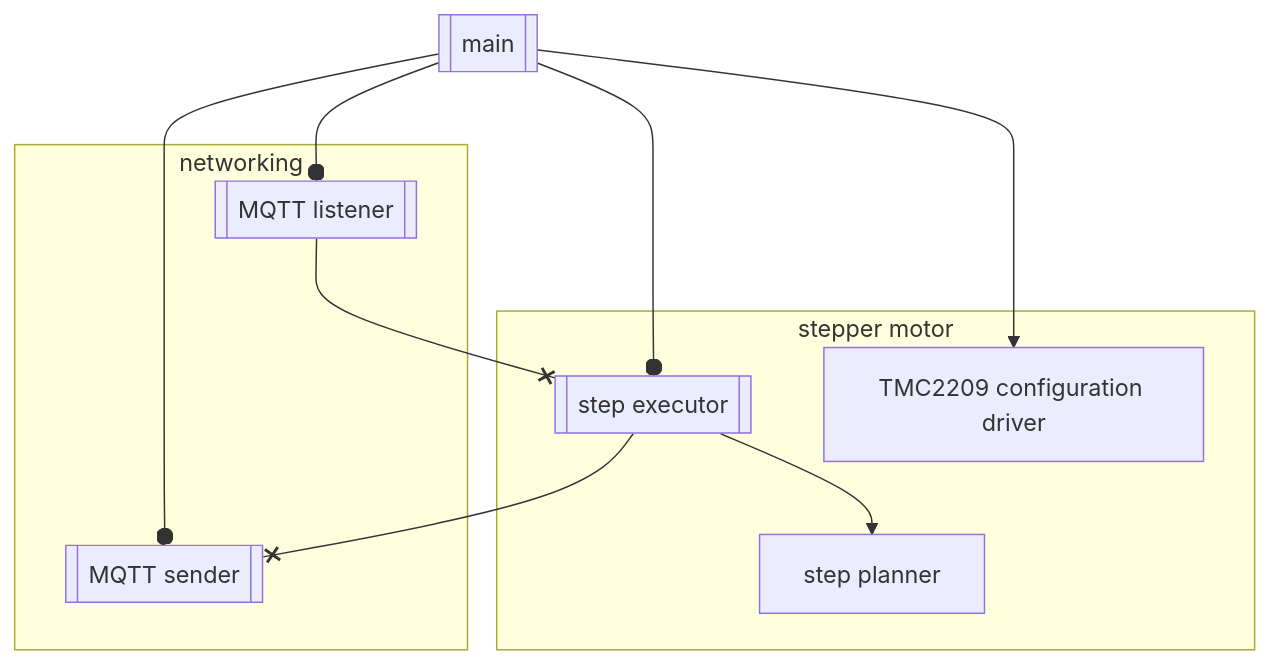
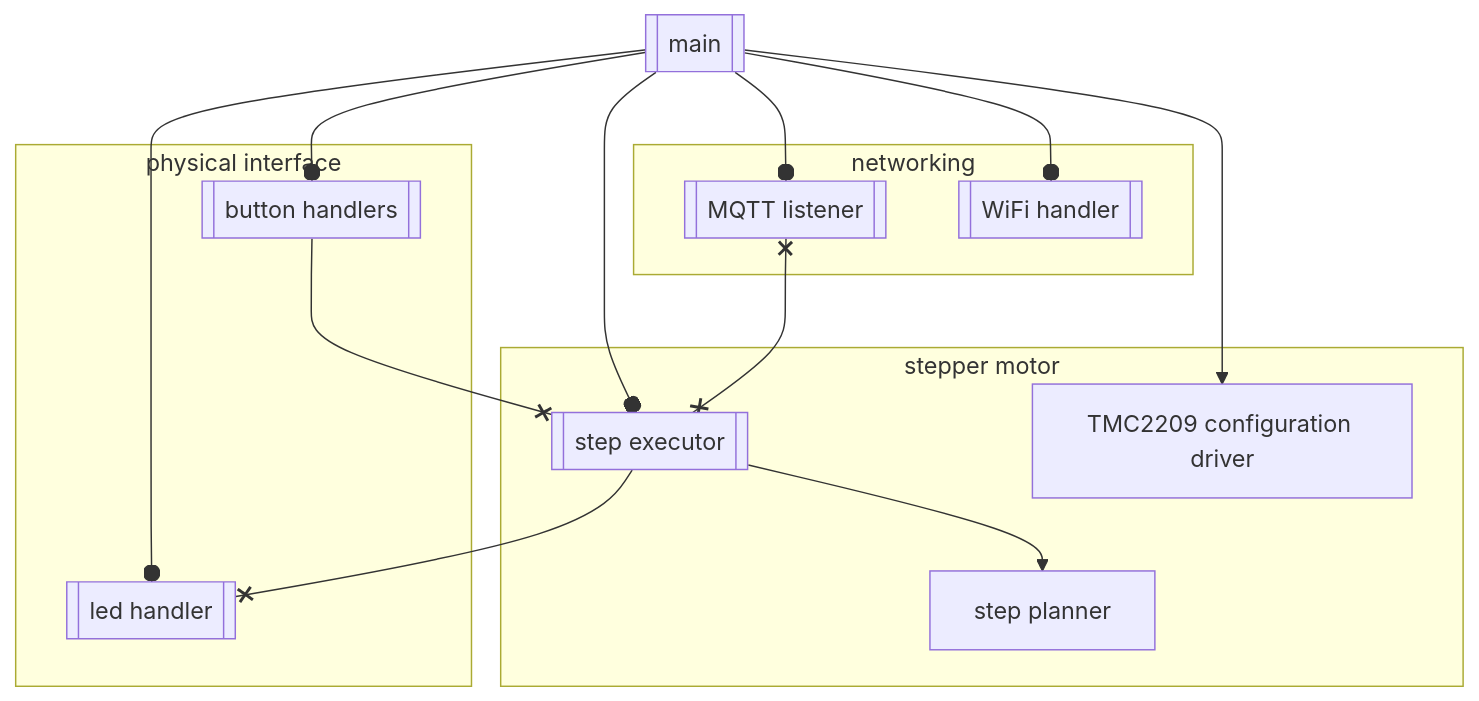
One commit to gabevenberg/crabroll changed the first of 2 diagrams in ARCHITECTURE.md. Above: the diagram before and after it, drawn with Mermaid. The commit also changed other lines of this file and 3 other files, not shown here.

````diff
--- a/ARCHITECTURE.md
+++ b/ARCHITECTURE.md
@@ -7,17 +7,22 @@
 ```mermaid
 flowchart
 main[[main]]
 main --o step_executor
-main --o mqtt_listener & mqtt_sender
+main --o mqtt_handler & wifi_handler & button_handler & led_handler
 subgraph stepper motor
 step_executor[[step executor]]-->step_planner[step planner]
 tmc_configurator[TMC2209 configuration driver]
 end
+subgraph physical interface
+button_handler[[button handlers]]
+led_handler[[led handler]]
+end
 subgraph networking
-mqtt_listener[[MQTT listener]]
-mqtt_sender[[MQTT sender]]
+mqtt_handler[[MQTT listener]]
+wifi_handler[[WiFi handler]]
 end
-mqtt_listener --x step_executor
-step_executor --x mqtt_sender
+mqtt_handler x--x step_executor
+button_handler --x step_executor
+step_executor --x led_handler
 main --> tmc_configurator
 ```
````
